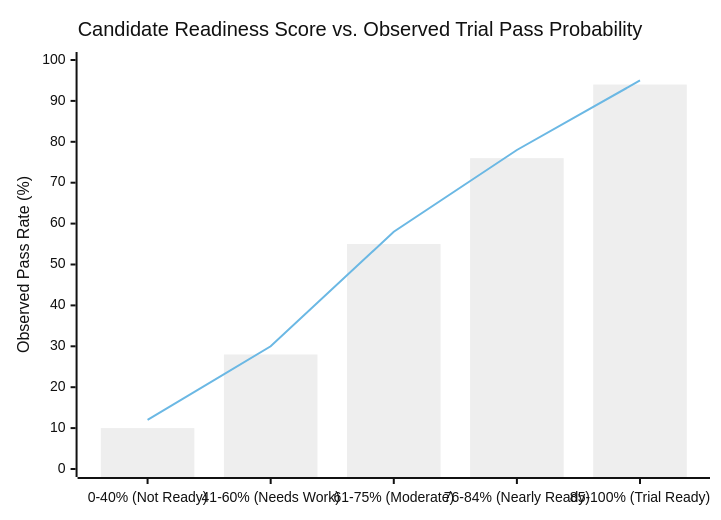
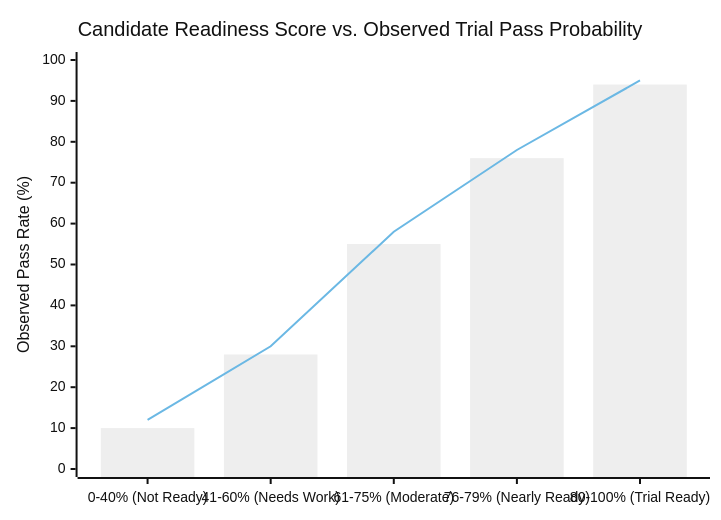
Before and after one commit to TrialReady-LK/TrialReady-LK: the ninth of 10 diagrams in docs/TCC_Final_Project_Report_TrialReady_LK.md, drawn with Mermaid (neutral theme). The commit also changed other lines of this file, not shown here.

````diff
--- a/docs/TCC_Final_Project_Report_TrialReady_LK.md
+++ b/docs/TCC_Final_Project_Report_TrialReady_LK.md
@@ -1067,8 +1123,8 @@
 ```mermaid
 xychart-beta
     title "Candidate Readiness Score vs. Observed Trial Pass Probability"
-    x-axis ["0-40% (Not Ready)", "41-60% (Needs Work)", "61-75% (Moderate)", "76-84% (Nearly Ready)", "85-100% (Trial Ready)"]
+    x-axis ["0-40% (Not Ready)", "41-60% (Needs Work)", "61-75% (Moderate)", "76-79% (Nearly Ready)", "80-100% (Trial Ready)"]
     y-axis "Observed Pass Rate (%)" 0 --> 100
     bar [10, 28, 55, 76, 94]
     line [12, 30, 58, 78, 95]
 ```
````
